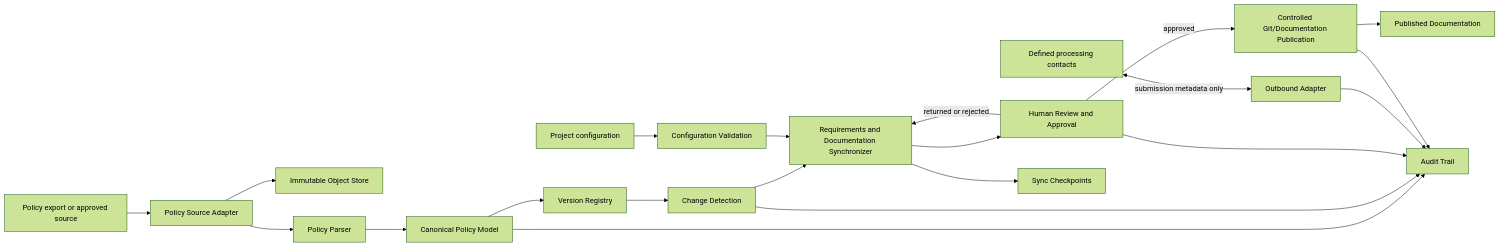
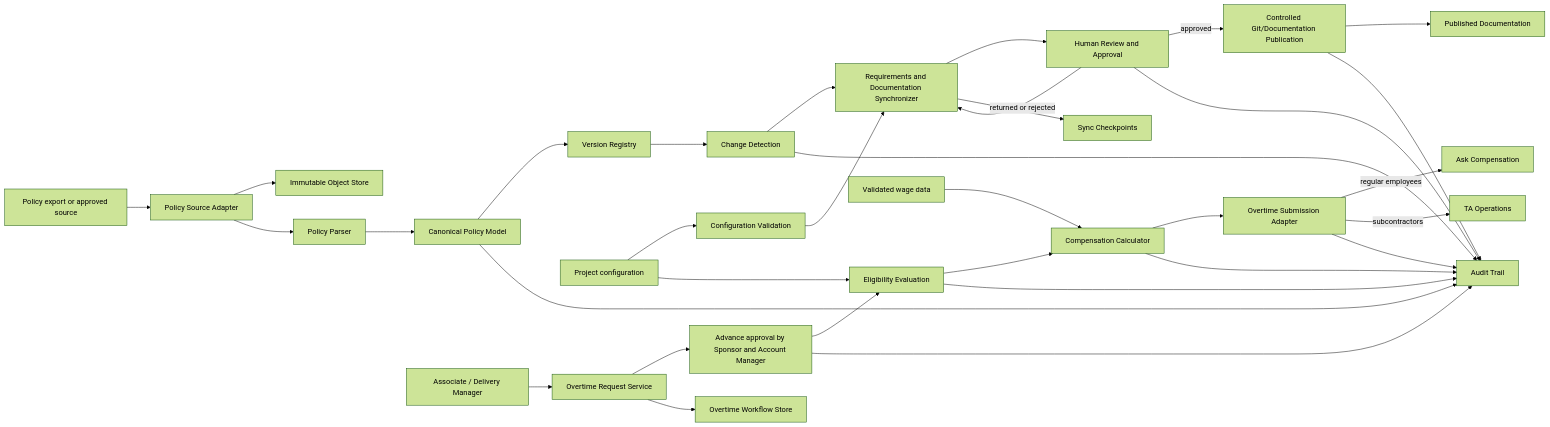
Before and after one commit to khandolly786/automated-documentation-sync: the first of 2 diagrams in architecture.md, drawn with Mermaid (forest theme). The commit also changed other lines of this file and 4 other files, not shown here.

Commit message:
docs: align overtime operations architecture proposal

````diff
--- a/architecture.md
+++ b/architecture.md
@@ -30,23 +34,35 @@
 ```mermaid
 flowchart LR
     Policy[Policy export or approved source] --> Adapter[Policy Source Adapter]
     Adapter --> Store[Immutable Object Store]
     Adapter --> Parser[Policy Parser]
     Parser --> Canonical[Canonical Policy Model]
     Canonical --> Version[Version Registry]
     Version --> Diff[Change Detection]
     Diff --> Sync[Requirements and Documentation Synchronizer]
     Sync --> Review[Human Review and Approval]
     Review -->|approved| Publish[Controlled Git/Documentation Publication]
     Publish --> Docs[Published Documentation]
     Review -->|returned or rejected| Sync
     Canonical --> Audit[Audit Trail]
     Diff --> Audit
     Review --> Audit
     Config[Project configuration] --> Validate[Configuration Validation]
     Validate --> Sync
-    External[Defined processing contacts] <-->|submission metadata only| Outbound[Outbound Adapter]
-    Outbound --> Audit
+    Associate[Associate / Delivery Manager] --> Request[Overtime Request Service]
+    Request --> Approval[Advance approval by Sponsor and Account Manager]
+    Approval --> Eligibility[Eligibility Evaluation]
+    Config --> Eligibility
+    Wage[Validated wage data] --> Calculator[Compensation Calculator]
+    Eligibility --> Calculator
+    Calculator --> OvertimeSubmit[Overtime Submission Adapter]
+    OvertimeSubmit -->|regular employees| Compensation[Ask Compensation]
+    OvertimeSubmit -->|subcontractors| TAOps[TA Operations]
+    Request --> OvertimeStore[Overtime Workflow Store]
+    Eligibility --> Audit
+    Calculator --> Audit
+    Approval --> Audit
+    OvertimeSubmit --> Audit
     Sync --> Checkpoints[Sync Checkpoints]
     Publish --> Audit
 ```
````
